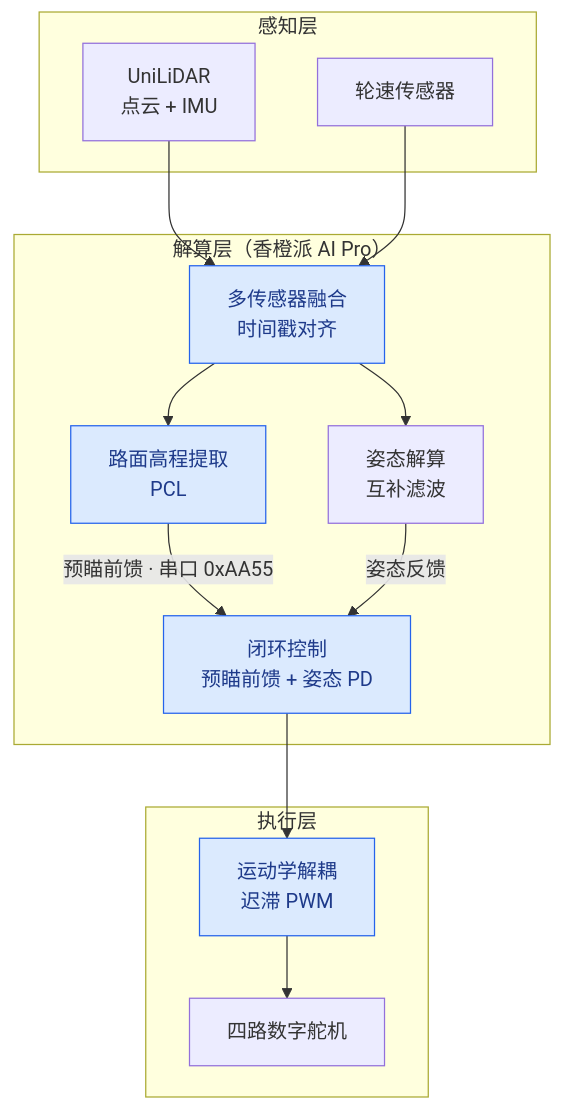
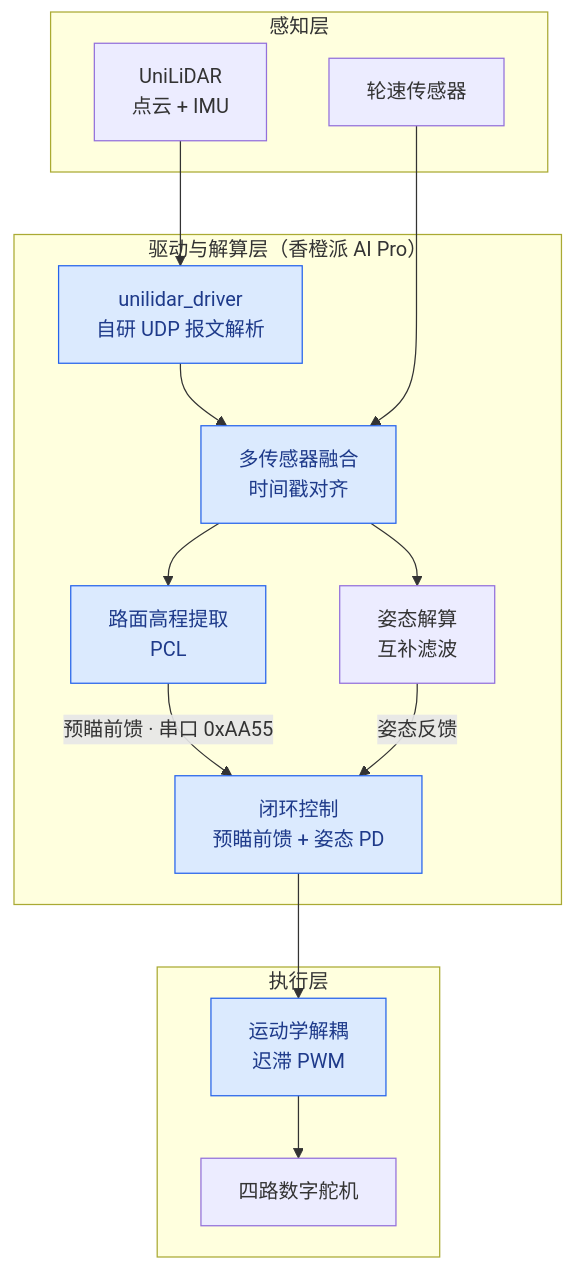
Before and after one commit to qi-neo/active-suspension-lidar-preview: the first of 4 diagrams in README.md, drawn with Mermaid. The commit also changed other lines of this file and 17 other files, not shown here.

First line of the commit message:
feat: 新增 unilidar_driver 宇树 L1 雷达驱动

````diff
--- a/README.md
+++ b/README.md
@@ -28,27 +28,29 @@
 ```mermaid
 %%{init: {"fontFamily": "-apple-system, BlinkMacSystemFont, PingFang SC, Helvetica Neue, Microsoft YaHei, sans-serif"}}%%
 flowchart TB
     subgraph S1["感知层"]
         L["UniLiDAR<br/>点云 + IMU"]
         W["轮速传感器"]
     end
-    subgraph S2["解算层（香橙派 AI Pro）"]
+    subgraph S2["驱动与解算层（香橙派 AI Pro）"]
+        DR["unilidar_driver<br/>自研 UDP 报文解析"]
         F["多传感器融合<br/>时间戳对齐"]
         P["路面高程提取<br/>PCL"]
         A["姿态解算<br/>互补滤波"]
         C["闭环控制<br/>预瞄前馈 + 姿态 PD"]
     end
     subgraph S3["执行层"]
         K["运动学解耦<br/>迟滞 PWM"]
         D["四路数字舵机"]
     end
-    L --> F
+    L --> DR
+    DR --> F
     W --> F
     F --> P
     F --> A
     P -->|预瞄前馈 · 串口 0xAA55| C
     A -->|姿态反馈| C
     C --> K --> D
     classDef inrepo fill:#dbeafe,stroke:#2563eb,color:#1e3a8a
-    class F,P,C,K inrepo
+    class DR,F,P,C,K inrepo
 ```
````
